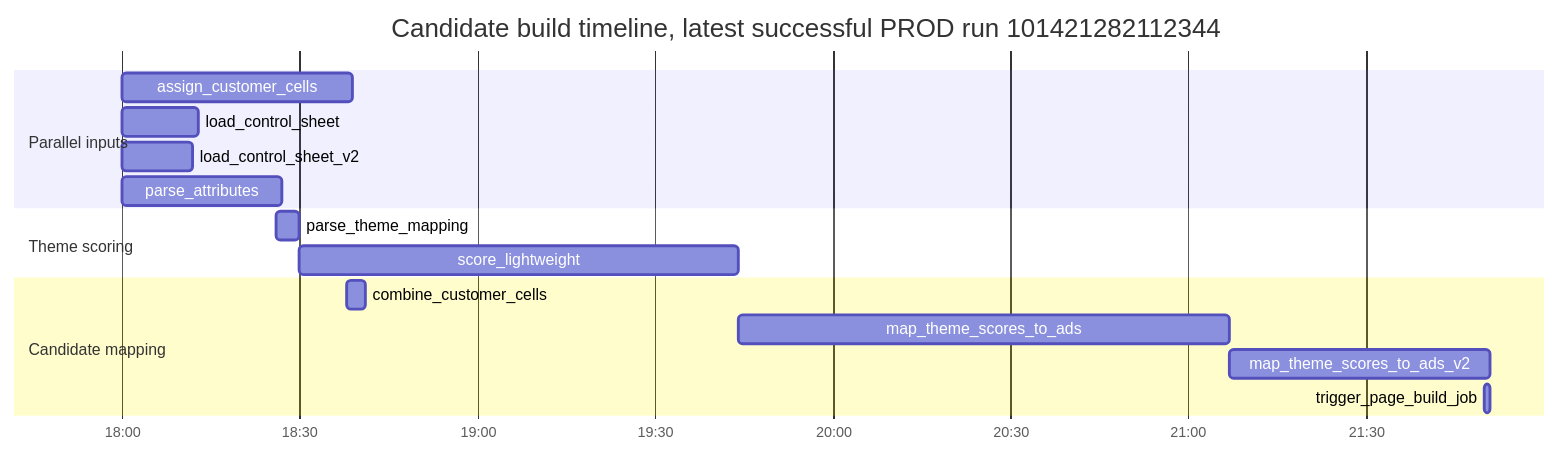
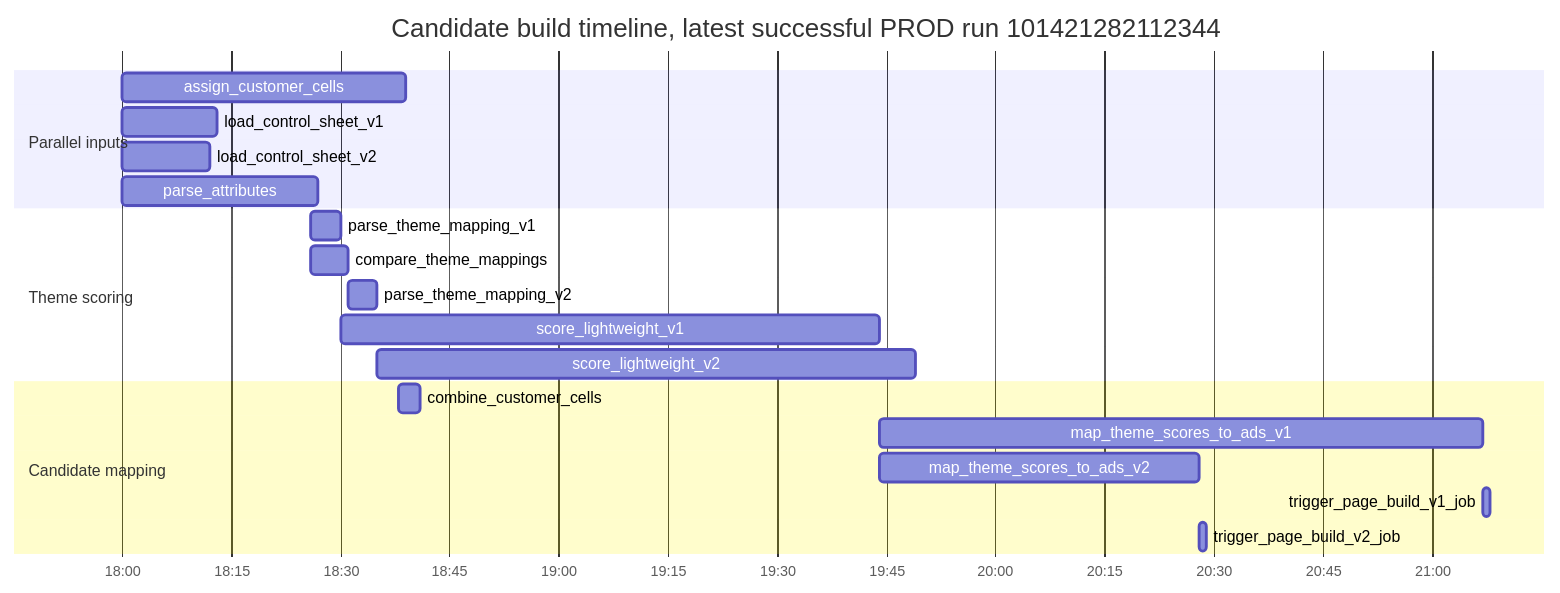
Before and after one commit to swblain-glyndwr/personal_project: the third of 8 diagrams in docs/CICD/nextads_databricks_runtime_map.md, drawn with Mermaid. The commit also changed other lines of this file and 40 other files, not shown here.

Commit message:
Split NextAds v1 and v2 theme routes

````diff
--- a/docs/CICD/nextads_databricks_runtime_map.md
+++ b/docs/CICD/nextads_databricks_runtime_map.md
@@ -89,19 +101,23 @@
 ```mermaid
 gantt
   title Candidate build timeline, latest successful PROD run 101421282112344
   dateFormat  YYYY-MM-DD HH:mm
   axisFormat  %H:%M
   section Parallel inputs
   assign_customer_cells      :2026-07-02 18:00, 39m
-  load_control_sheet         :2026-07-02 18:00, 13m
+  load_control_sheet_v1      :2026-07-02 18:00, 13m
   load_control_sheet_v2      :2026-07-02 18:00, 12m
   parse_attributes           :2026-07-02 18:00, 27m
   section Theme scoring
-  parse_theme_mapping        :2026-07-02 18:26, 4m
-  score_lightweight          :2026-07-02 18:30, 74m
+  parse_theme_mapping_v1     :2026-07-02 18:26, 4m
+  compare_theme_mappings     :2026-07-02 18:26, 5m
+  parse_theme_mapping_v2     :2026-07-02 18:31, 4m
+  score_lightweight_v1       :2026-07-02 18:30, 74m
+  score_lightweight_v2       :2026-07-02 18:35, 74m
   section Candidate mapping
   combine_customer_cells     :2026-07-02 18:38, 3m
-  map_theme_scores_to_ads    :2026-07-02 19:44, 83m
-  map_theme_scores_to_ads_v2 :2026-07-02 21:07, 44m
-  trigger_page_build_job     :2026-07-02 21:50, 1m
+  map_theme_scores_to_ads_v1 :2026-07-02 19:44, 83m
+  map_theme_scores_to_ads_v2 :2026-07-02 19:44, 44m
+  trigger_page_build_v1_job  :2026-07-02 21:07, 1m
+  trigger_page_build_v2_job  :2026-07-02 20:28, 1m
 ```
````
